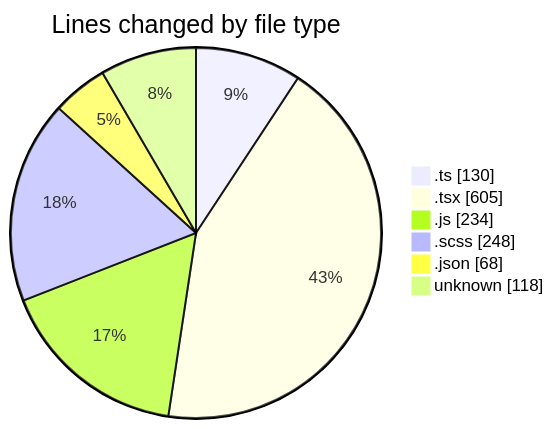
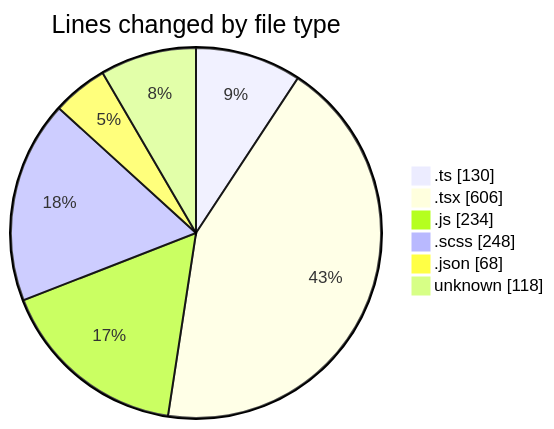
Before and after one commit to momahboobian/code-tracking: the first of 2 diagrams in 2026-05-08/cda/README.md, drawn with Mermaid. The commit also changed other lines of this file and 1 other file, not shown here.

````diff
--- a/2026-05-08/cda/README.md
+++ b/2026-05-08/cda/README.md
@@ -38,10 +38,10 @@
 ```mermaid
 pie showData
 title Lines changed by file type
 ".ts" : 130
-".tsx" : 605
+".tsx" : 606
 ".js" : 234
 ".scss" : 248
 ".json" : 68
 "unknown" : 118
 ```
````
